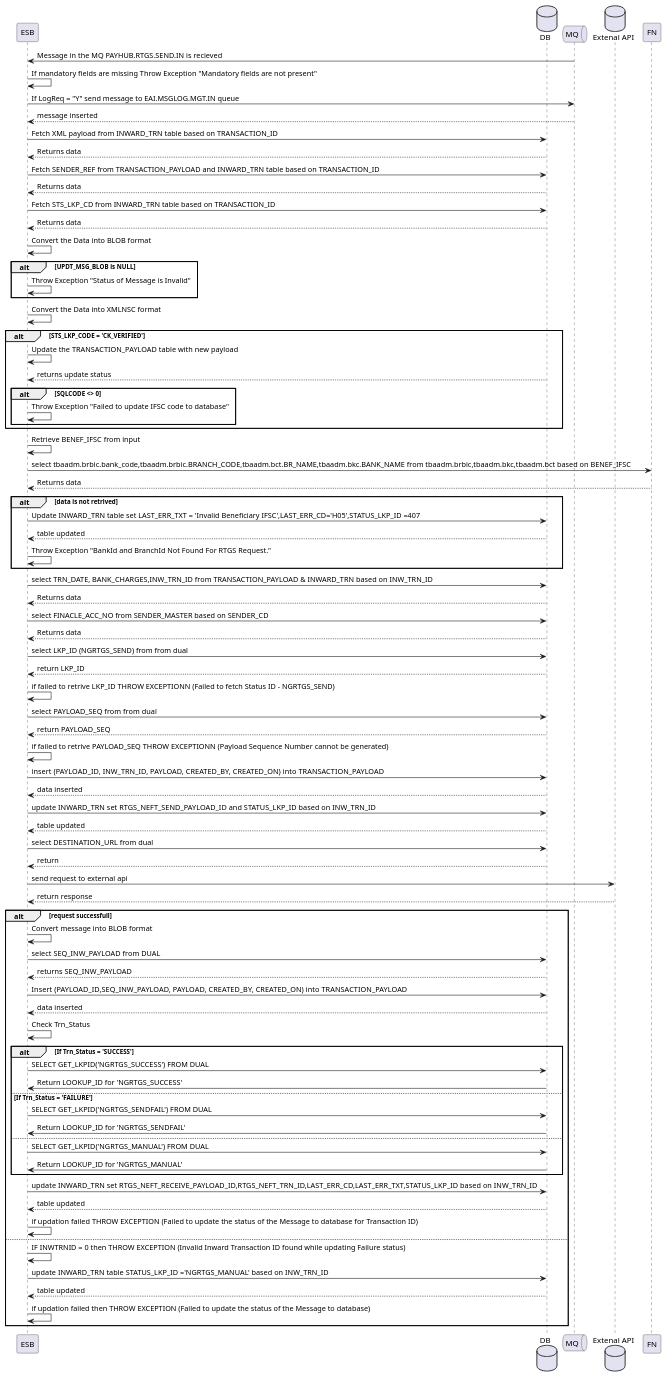
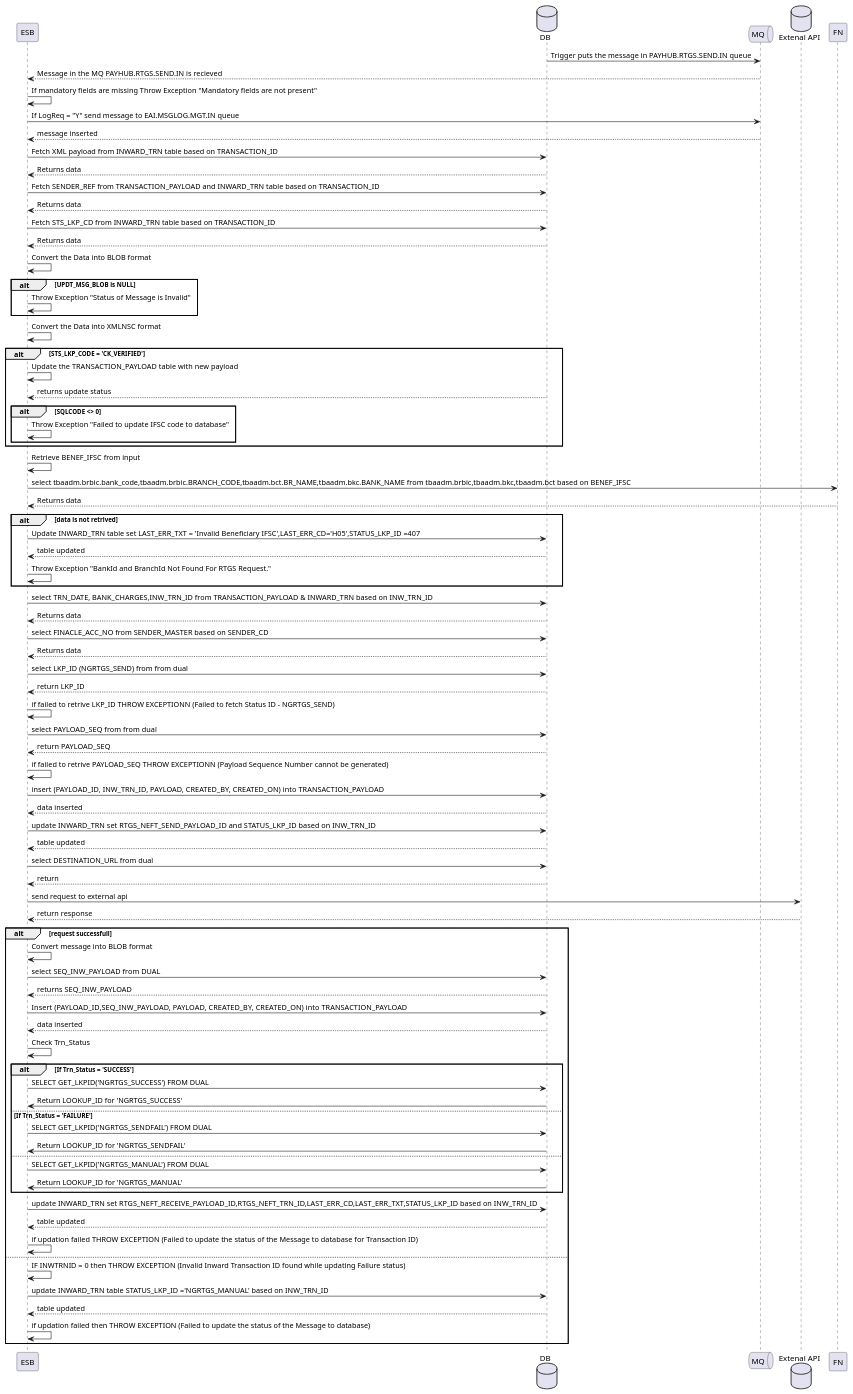
One commit to abhay113/SIB-PLANT-UML changed the diagram in rtgs/rtgs_send.puml. Above: the diagram before and after it, drawn with PlantUML. The commit also changed 3 other files, not shown here.

```diff
--- a/rtgs/rtgs_send.puml
+++ b/rtgs/rtgs_send.puml
@@ -1,109 +1,110 @@
 @startuml RTGS SEND
 
 participant ESB
 Database "DB" as DB
 Queue "MQ" as MQ
 Database "Extenal API" as RTGS
 
-MQ-> ESB :  Message in the MQ PAYHUB.RTGS.SEND.IN is recieved
+DB -> MQ : Trigger puts the message in PAYHUB.RTGS.SEND.IN queue
+MQ --> ESB :  Message in the MQ PAYHUB.RTGS.SEND.IN is recieved
 
 ESB -> ESB : If mandatory fields are missing Throw Exception "Mandatory fields are not present"
 
 ESB -> MQ: If LogReq = "Y" send message to EAI.MSGLOG.MGT.IN queue
 MQ --> ESB: message inserted
 
 ESB -> DB : Fetch XML payload from INWARD_TRN table based on TRANSACTION_ID
 DB --> ESB : Returns data
 
 ESB -> DB : Fetch SENDER_REF from TRANSACTION_PAYLOAD and INWARD_TRN table based on TRANSACTION_ID
 DB --> ESB : Returns data
 
 ESB -> DB : Fetch STS_LKP_CD from INWARD_TRN table based on TRANSACTION_ID
 DB --> ESB : Returns data
 
 ESB -> ESB : Convert the Data into BLOB format
 
 alt UPDT_MSG_BLOB is NULL
     ESB -> ESB : Throw Exception "Status of Message is Invalid"
 end
 
 ESB -> ESB : Convert the Data into XMLNSC format
 
 alt STS_LKP_CODE = 'CK_VERIFIED'
     ESB -> ESB : Update the TRANSACTION_PAYLOAD table with new payload
     DB --> ESB : returns update status
     alt SQLCODE <> 0 
         ESB -> ESB : Throw Exception "Failed to update IFSC code to database"
     end
 end
 
 ESB -> ESB :  Retrieve BENEF_IFSC from input   
 ESB -> FN : select tbaadm.brbic.bank_code,tbaadm.brbic.BRANCH_CODE,tbaadm.bct.BR_NAME,tbaadm.bkc.BANK_NAME from  tbaadm.brbic,tbaadm.bkc,tbaadm.bct based on BENEF_IFSC
 FN --> ESB : Returns data
 
 alt data is not retrived
     ESB -> DB : Update INWARD_TRN table set LAST_ERR_TXT = 'Invalid Beneficiary IFSC',LAST_ERR_CD='H05',STATUS_LKP_ID =407
     DB --> ESB : table updated
     ESB -> ESB : Throw Exception "BankId and BranchId Not Found For RTGS Request."
 end
 
 
 ESB -> DB : select TRN_DATE, BANK_CHARGES,INW_TRN_ID from TRANSACTION_PAYLOAD & INWARD_TRN based on INW_TRN_ID
 DB --> ESB : Returns data
 
 ESB -> DB : select FINACLE_ACC_NO from SENDER_MASTER based on SENDER_CD
 DB --> ESB : Returns data
 
 ESB -> DB : select LKP_ID (NGRTGS_SEND) from from dual
 DB --> ESB : return LKP_ID
 ESB -> ESB : if failed to retrive LKP_ID THROW EXCEPTIONN (Failed to fetch Status ID - NGRTGS_SEND)
 
 ESB -> DB : select PAYLOAD_SEQ from from dual
 DB --> ESB : return PAYLOAD_SEQ
 ESB -> ESB : if failed to retrive PAYLOAD_SEQ THROW EXCEPTIONN (Payload Sequence Number cannot be generated)
 
 ESB -> DB : insert (PAYLOAD_ID, INW_TRN_ID, PAYLOAD, CREATED_BY, CREATED_ON) into TRANSACTION_PAYLOAD
 DB --> ESB : data inserted
 
 ESB -> DB : update INWARD_TRN set RTGS_NEFT_SEND_PAYLOAD_ID and STATUS_LKP_ID based on  INW_TRN_ID
 DB --> ESB : table updated
 
 ESB -> DB : select DESTINATION_URL from dual 
 DB --> ESB : return 
 
 ESB -> RTGS : send request to external api
 RTGS --> ESB : return response
 alt request successfull
 
     ESB -> ESB : Convert message into BLOB format 
 
     ESB -> DB : select SEQ_INW_PAYLOAD from DUAL 
     DB --> ESB : returns SEQ_INW_PAYLOAD
 
     ESB -> DB : Insert (PAYLOAD_ID,SEQ_INW_PAYLOAD, PAYLOAD, CREATED_BY, CREATED_ON) into TRANSACTION_PAYLOAD
     DB --> ESB : data inserted  
 
     ESB -> ESB: Check Trn_Status
     alt If Trn_Status = 'SUCCESS'
         ESB -> DB: SELECT GET_LKPID('NGRTGS_SUCCESS') FROM DUAL
         DB -> ESB: Return LOOKUP_ID for 'NGRTGS_SUCCESS'
     else If Trn_Status = 'FAILURE'
         ESB -> DB:  SELECT GET_LKPID('NGRTGS_SENDFAIL') FROM DUAL
         DB -> ESB: Return LOOKUP_ID for 'NGRTGS_SENDFAIL'
     else
         ESB -> DB:  SELECT GET_LKPID('NGRTGS_MANUAL') FROM DUAL
         DB -> ESB: Return LOOKUP_ID for 'NGRTGS_MANUAL'
     end
 
     ESB -> DB : update INWARD_TRN set RTGS_NEFT_RECEIVE_PAYLOAD_ID,RTGS_NEFT_TRN_ID,LAST_ERR_CD,LAST_ERR_TXT,STATUS_LKP_ID  based on INW_TRN_ID
     DB --> ESB : table updated
 
     ESB -> ESB : if updation failed THROW EXCEPTION  (Failed to update the status of the Message to database for Transaction ID)
 else
     ESB -> ESB : IF INWTRNID = 0 then THROW EXCEPTION (Invalid Inward Transaction ID found while updating Failure status)
     ESB -> DB : update INWARD_TRN table STATUS_LKP_ID ='NGRTGS_MANUAL' based on INW_TRN_ID
     DB --> ESB : table updated
     ESB -> ESB : if updation failed then THROW EXCEPTION (Failed to update the status of the Message to database)  
 end
 
 @enduml
```
